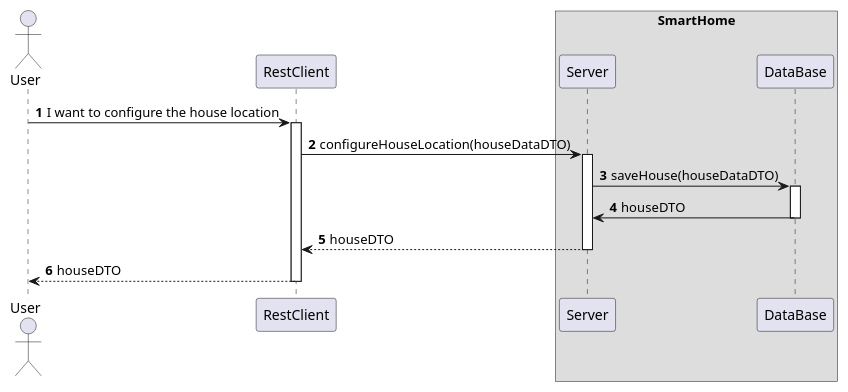
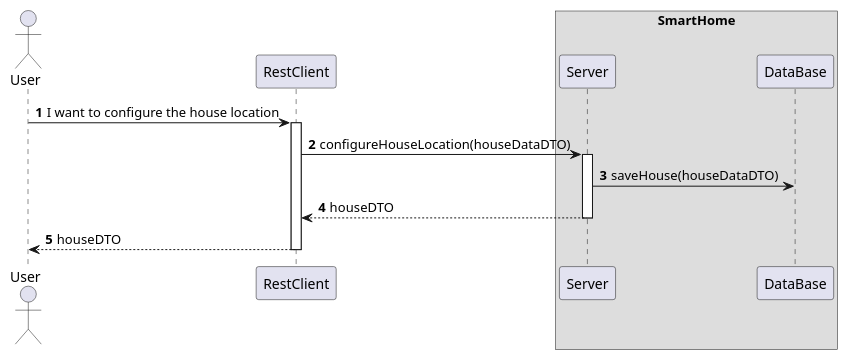
One commit to olivDiogo/SmartHome changed the diagram in docs/ooa/C4_4plus1_models/Level3/ProcessView/ProcessViewLevel3_UC01.puml. Above: the diagram before and after it, drawn with PlantUML.

Commit message:
docs: refactor level3 Process View diagram for UC01 #468

```diff
--- a/docs/ooa/C4_4plus1_models/Level3/ProcessView/ProcessViewLevel3_UC01.puml
+++ b/docs/ooa/C4_4plus1_models/Level3/ProcessView/ProcessViewLevel3_UC01.puml
@@ -1,33 +1,31 @@
 @startuml
 'https://plantuml.com/sequence-diagram
 !pragma layout smetana
 
 autonumber
 
 actor "User" as User
 participant "RestClient" as RC
 
 box "SmartHome"
     participant "Server" as SV
     participant "DataBase" as BD
 end box
 
 User -> RC : I want to configure the house location
 activate RC
 
 RC -> SV : configureHouseLocation(houseDataDTO)
 activate SV
 
 SV -> BD : saveHouse(houseDataDTO)
-activate BD
 
-BD -> SV : houseDTO
-deactivate BD
+
 SV --> RC : houseDTO
 deactivate SV
 
 RC --> User : houseDTO
 deactivate RC
 
 
 @enduml
```
